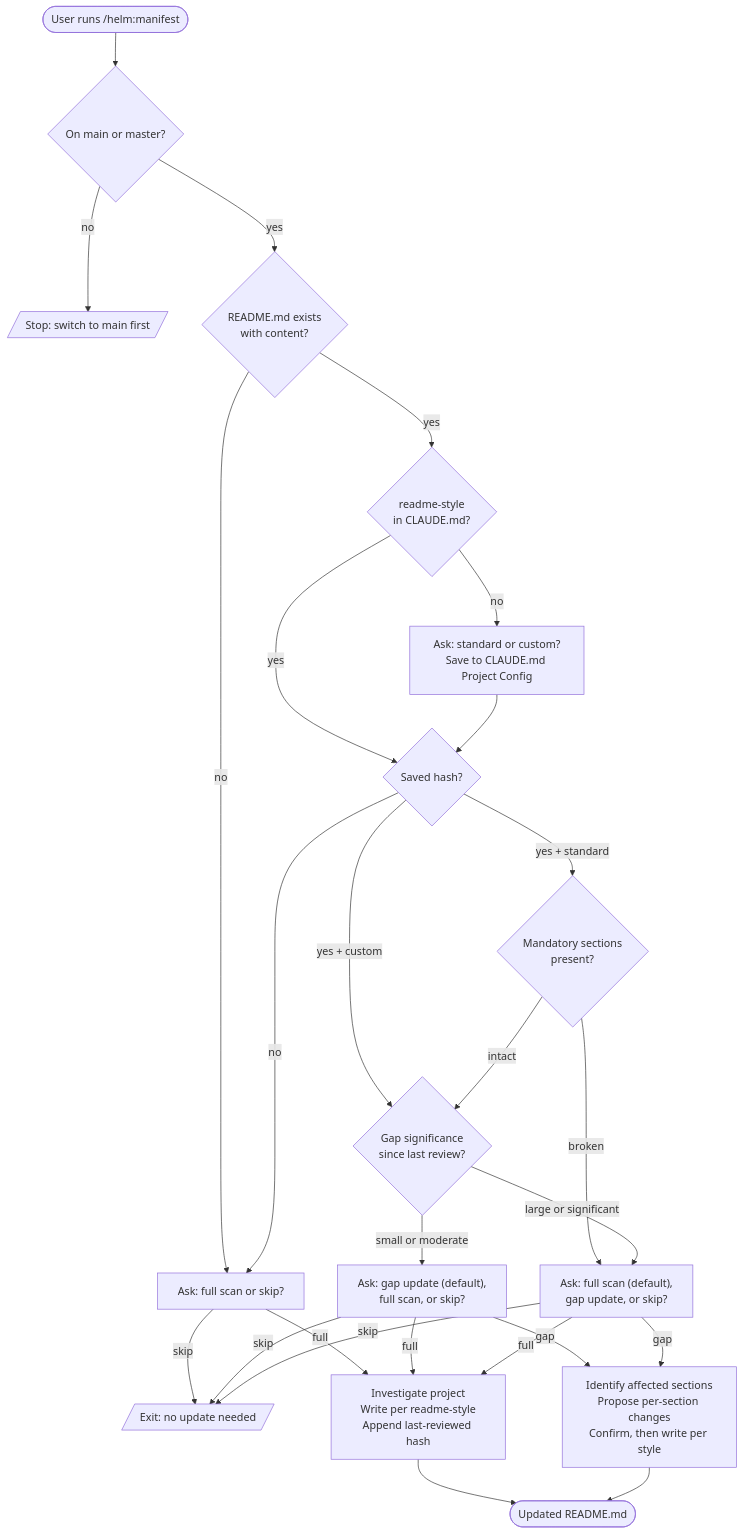
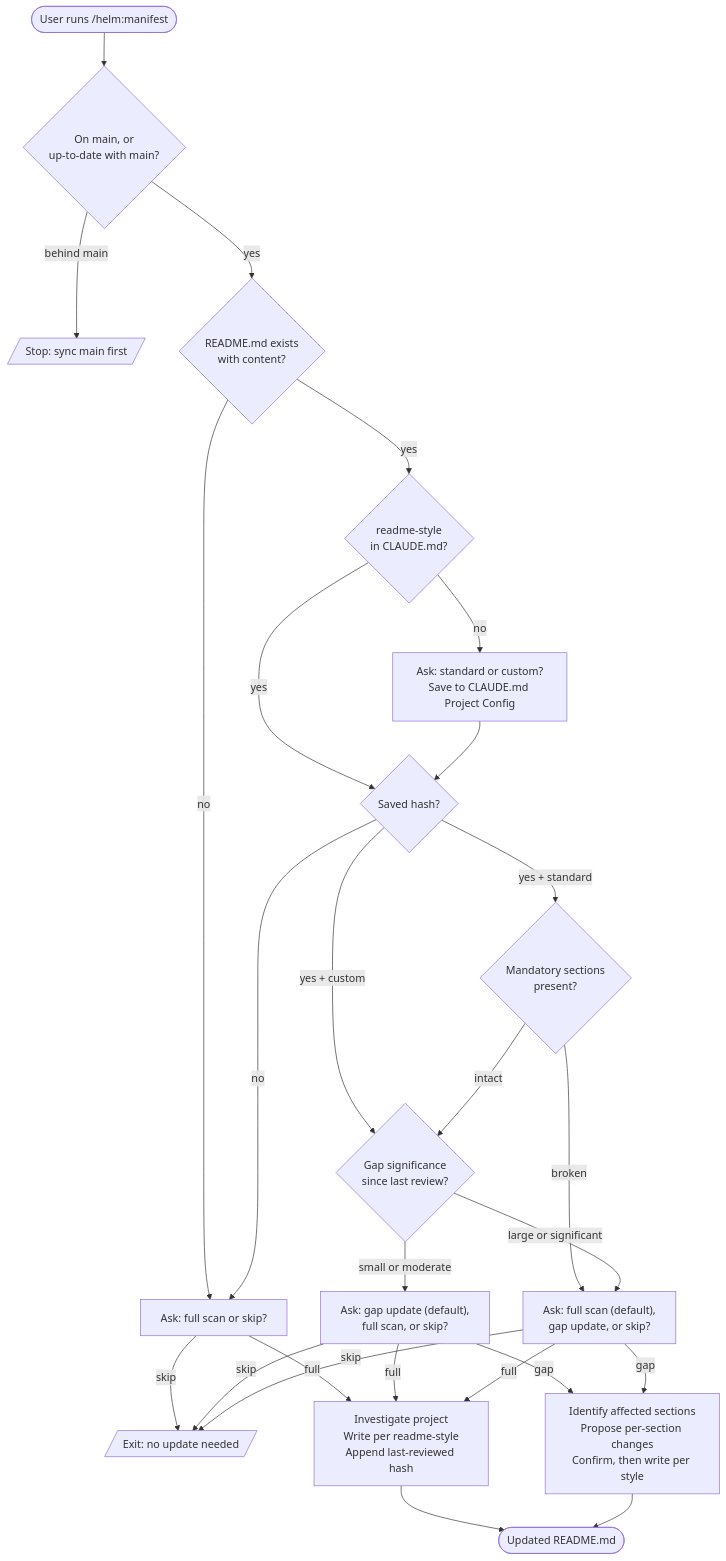
The diagram in docs/commands/manifest.md (myowinthein/agent-helm), drawn with Mermaid before and after one commit. The commit also changed other lines of this file and 9 other files, not shown here.

First line of the commit message:
feat(project): gate canonical generators on up-to-date-with-main

````diff
--- a/docs/commands/manifest.md
+++ b/docs/commands/manifest.md
@@ -13,38 +13,38 @@
 ```mermaid
 flowchart TD
-  Start([User runs /helm:manifest]) --> Branch{On main or master?}
-  Branch -->|no| Stop[/Stop: switch to main first/]
+  Start([User runs /helm:manifest]) --> Branch{On main, or<br/>up-to-date with main?}
+  Branch -->|behind main| Stop[/Stop: sync main first/]
   Branch -->|yes| Exists{README.md exists<br/>with content?}
 
   Exists -->|no| Mode1[Ask: full scan or skip?]
   Exists -->|yes| StyleFlag{readme-style<br/>in CLAUDE.md?}
 
   StyleFlag -->|no| AskStyle["Ask: standard or custom?\nSave to CLAUDE.md Project Config"]
   StyleFlag -->|yes| HashCheck
   AskStyle --> HashCheck
 
   HashCheck{Saved hash?}
   HashCheck -->|no| Mode1
   HashCheck -->|"yes + standard"| StructCheck{Mandatory sections<br/>present?}
   HashCheck -->|"yes + custom"| Gap
 
   StructCheck -->|broken| Mode3["Ask: full scan (default),<br/>gap update, or skip?"]
   StructCheck -->|intact| Gap{Gap significance<br/>since last review?}
 
   Gap -->|small or moderate| Mode2["Ask: gap update (default),<br/>full scan, or skip?"]
   Gap -->|large or significant| Mode3
 
   Mode1 -->|skip| Skip[/Exit: no update needed/]
   Mode1 -->|full| Full
   Mode2 -->|skip| Skip
   Mode2 -->|full| Full
   Mode2 -->|gap| GapPath
   Mode3 -->|skip| Skip
   Mode3 -->|full| Full
   Mode3 -->|gap| GapPath
 
   Full["Investigate project<br/>Write per readme-style<br/>Append last-reviewed hash"] --> Done
   GapPath["Identify affected sections<br/>Propose per-section changes<br/>Confirm, then write per style"] --> Done
 
   Done([Updated README.md])
 ```
````
